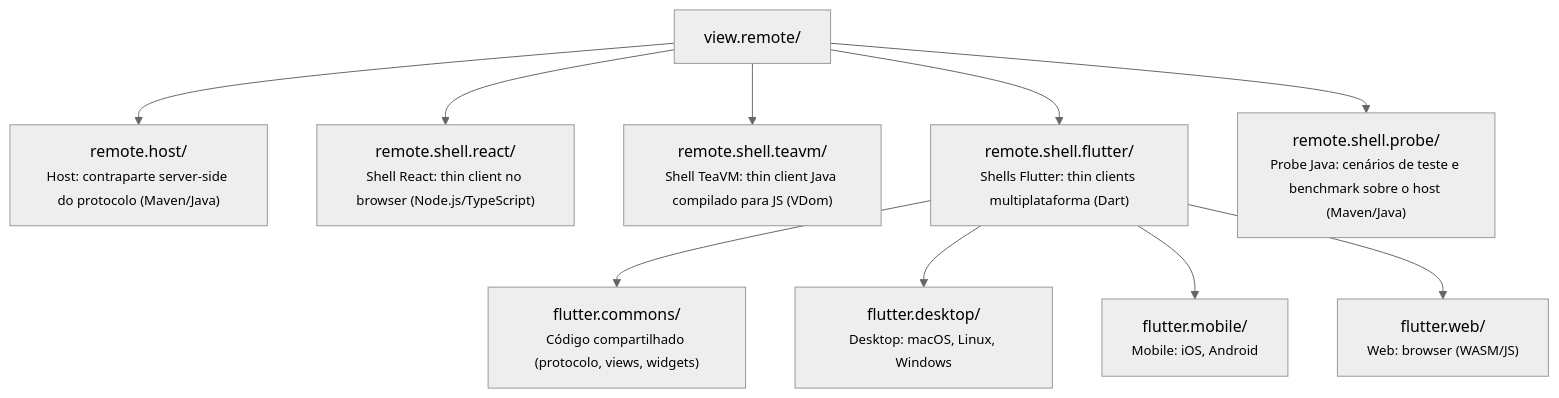
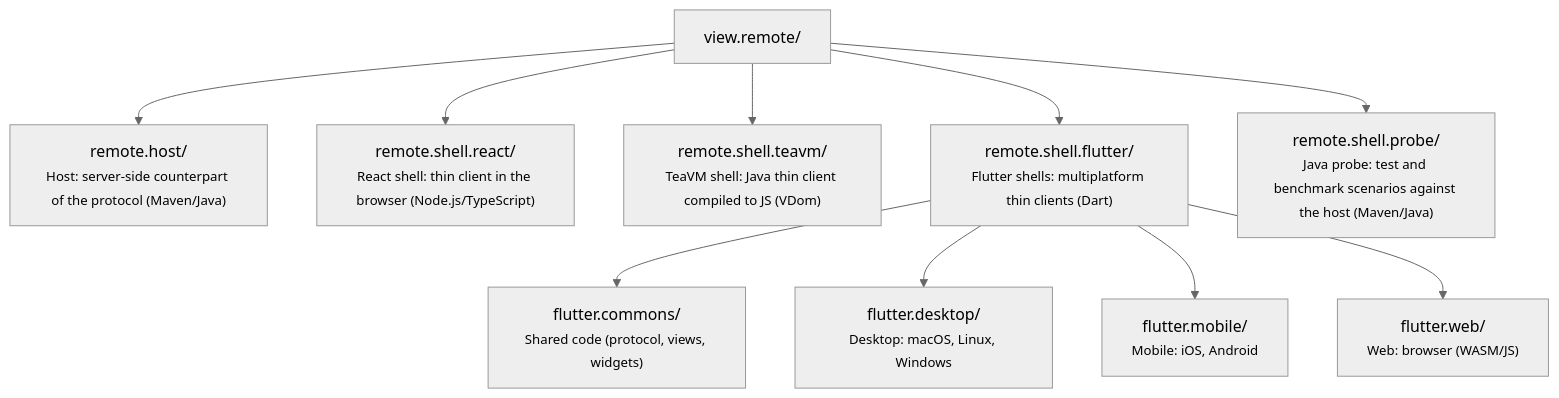
One commit to mrcdom/wdc-cube-java-v2 changed the second of 3 diagrams in fontes/br.com.wdc.shopping/br.com.wdc.shopping.view.remote/README.md. Above: the diagram before and after it, drawn with Mermaid (neutral theme). The commit also changed other lines of this file and 69 other files, not shown here.

````diff
--- a/fontes/br.com.wdc.shopping/br.com.wdc.shopping.view.remote/README.md
+++ b/fontes/br.com.wdc.shopping/br.com.wdc.shopping.view.remote/README.md
@@ -65,23 +65,23 @@
 ```mermaid
 graph TD
     root["view.remote/"]
-    host["remote.host/<br/><small>Host: contraparte server-side do protocolo (Maven/Java)</small>"]
-    react["remote.shell.react/<br/><small>Shell React: thin client no browser (Node.js/TypeScript)</small>"]
-    teavm["remote.shell.teavm/<br/><small>Shell TeaVM: thin client Java compilado para JS (VDom)</small>"]
-    flutter["remote.shell.flutter/<br/><small>Shells Flutter: thin clients multiplataforma (Dart)</small>"]
-    commons["flutter.commons/<br/><small>Código compartilhado (protocolo, views, widgets)</small>"]
+    host["remote.host/<br/><small>Host: server-side counterpart of the protocol (Maven/Java)</small>"]
+    react["remote.shell.react/<br/><small>React shell: thin client in the browser (Node.js/TypeScript)</small>"]
+    teavm["remote.shell.teavm/<br/><small>TeaVM shell: Java thin client compiled to JS (VDom)</small>"]
+    flutter["remote.shell.flutter/<br/><small>Flutter shells: multiplatform thin clients (Dart)</small>"]
+    commons["flutter.commons/<br/><small>Shared code (protocol, views, widgets)</small>"]
     desktop["flutter.desktop/<br/><small>Desktop: macOS, Linux, Windows</small>"]
     mobile["flutter.mobile/<br/><small>Mobile: iOS, Android</small>"]
     web["flutter.web/<br/><small>Web: browser (WASM/JS)</small>"]
-    probe["remote.shell.probe/<br/><small>Probe Java: cenários de teste e benchmark sobre o host (Maven/Java)</small>"]
+    probe["remote.shell.probe/<br/><small>Java probe: test and benchmark scenarios against the host (Maven/Java)</small>"]
 
     root --> host
     root --> react
     root --> teavm
     root --> flutter
     root --> probe
     flutter --> commons
     flutter --> desktop
     flutter --> mobile
     flutter --> web
 ```
````
